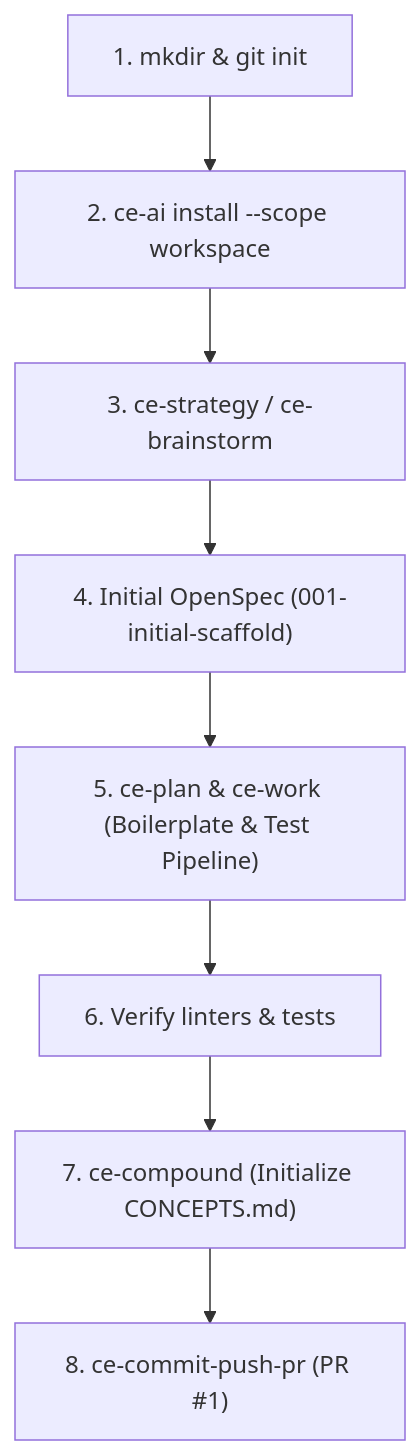
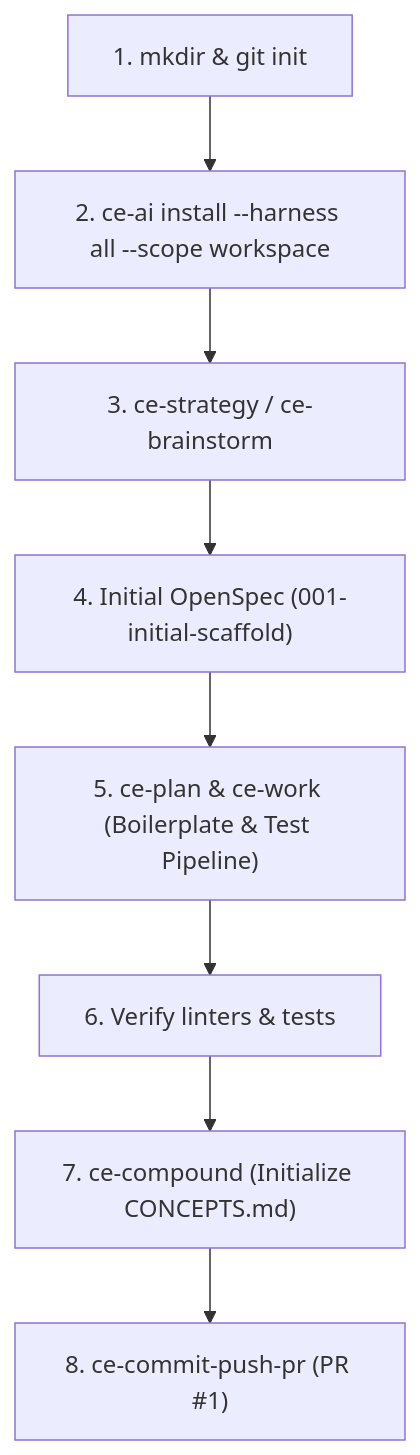
One commit to mastepanoski/ce-ai changed the sixth of 9 diagrams in docs/user-guide/quick-start-workflow-guide.md. Above: the diagram before and after it, drawn with Mermaid. The commit also changed other lines of this file and 24 other files, not shown here.

````diff
--- a/docs/user-guide/quick-start-workflow-guide.md
+++ b/docs/user-guide/quick-start-workflow-guide.md
@@ -212,10 +212,10 @@
 ```mermaid
 flowchart TD
-    INIT["1. mkdir & git init"] --> INST["2. ce-ai install --scope workspace"]
+    INIT["1. mkdir & git init"] --> INST["2. ce-ai install --harness all --scope workspace"]
     INST --> STRAT["3. ce-strategy / ce-brainstorm"]
     STRAT --> SPEC["4. Initial OpenSpec (001-initial-scaffold)"]
     SPEC --> PLAN["5. ce-plan & ce-work (Boilerplate & Test Pipeline)"]
     PLAN --> VERIFY["6. Verify linters & tests"]
     VERIFY --> COMP["7. ce-compound (Initialize CONCEPTS.md)"]
     COMP --> SHIP["8. ce-commit-push-pr (PR #1)"]
 ```
````
